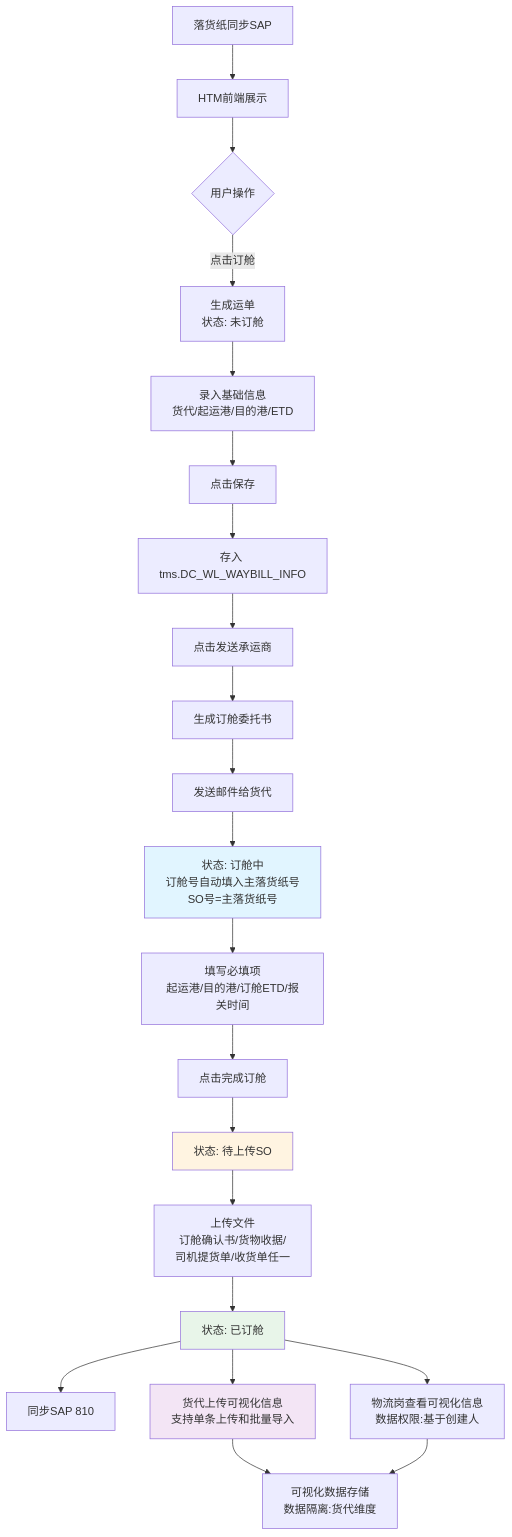
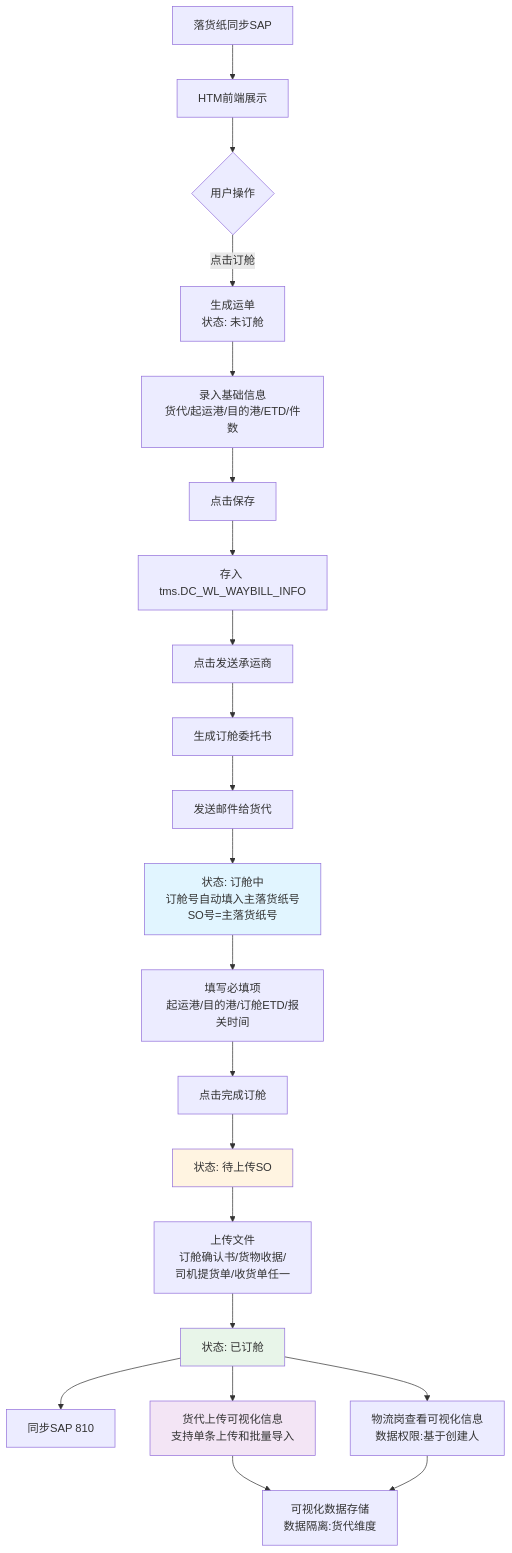
The third of 6 diagrams in Desktop/HTM/中远海/00-HTM功能汇总/02-订舱管理-铁运订舱管理.md (bdgoodbr/xuyou), drawn with Mermaid before and after one commit. The commit also changed other lines of this file and 1 other file, not shown here.

````diff
--- a/Desktop/HTM/中远海/00-HTM功能汇总/02-订舱管理-铁运订舱管理.md
+++ b/Desktop/HTM/中远海/00-HTM功能汇总/02-订舱管理-铁运订舱管理.md
@@ -1497,36 +2143,36 @@
 ```mermaid
 graph TD
     Start["落货纸同步SAP"] --> Display["HTM前端展示"]
     
     Display --> UserAction{"用户操作"}
     
     UserAction -->|点击订舱| GenWaybill["生成运单<br/>状态: 未订舱"]
-    GenWaybill --> InputBasic["录入基础信息<br/>货代/起运港/目的港/ETD"]
+    GenWaybill --> InputBasic["录入基础信息<br/>货代/起运港/目的港/ETD/件数"]
     InputBasic --> SaveBasic["点击保存"]
     SaveBasic --> DB_Waybill["存入 tms.DC_WL_WAYBILL_INFO"]
     
     DB_Waybill --> SendCarrier["点击发送承运商"]
     SendCarrier --> GenBooking["生成订舱委托书"]
     GenBooking --> SendMail["发送邮件给货代"]
     SendMail --> StatusInProgress["状态: 订舱中<br/>订舱号自动填入主落货纸号<br/>SO号=主落货纸号"]
     
     StatusInProgress --> InputRequired["填写必填项<br/>起运港/目的港/订舱ETD/报关时间"]
     InputRequired --> ClickComplete["点击完成订舱"]
     ClickComplete --> StatusPendingSO["状态: 待上传SO"]
     
     StatusPendingSO --> UploadFile["上传文件<br/>订舱确认书/货物收据/<br/>司机提货单/收货单任一"]
     UploadFile --> StatusBooked["状态: 已订舱"]
     
     StatusBooked --> SyncSAP["同步SAP 810"]
     
     StatusBooked --> CarrierUpload["货代上传可视化信息<br/>支持单条上传和批量导入"]
     CarrierUpload --> VisualData["可视化数据存储<br/>数据隔离:货代维度"]
     
     StatusBooked --> LogisticsView["物流岗查看可视化信息<br/>数据权限:基于创建人"]
     LogisticsView --> VisualData
     
     style StatusInProgress fill:#e1f5ff
     style StatusPendingSO fill:#fff4e1
     style StatusBooked fill:#e8f5e9
     style CarrierUpload fill:#f3e5f5
 ```
````
